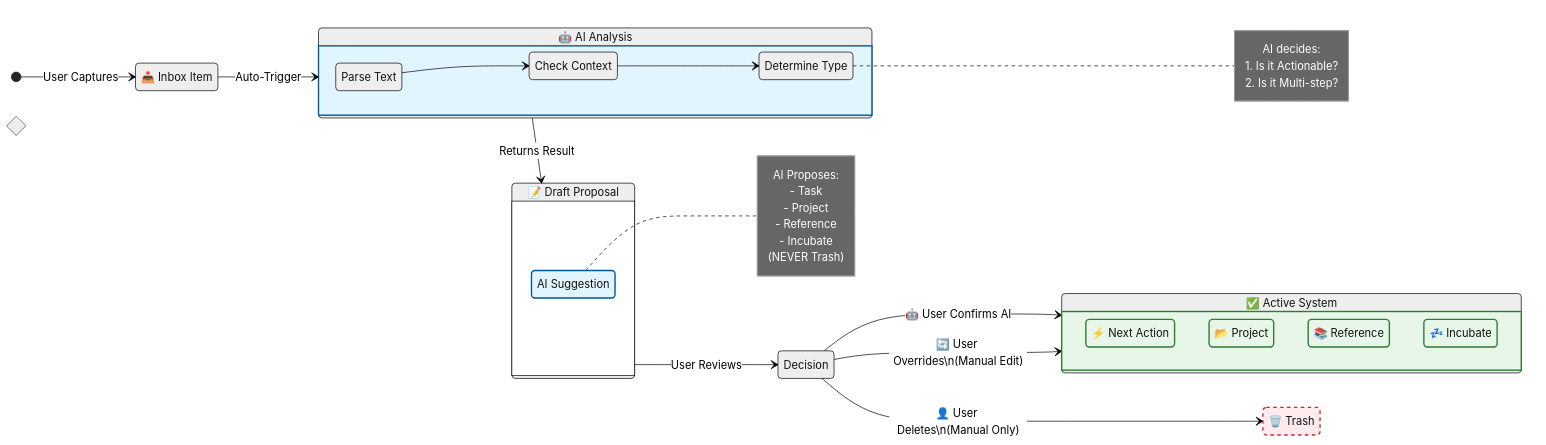
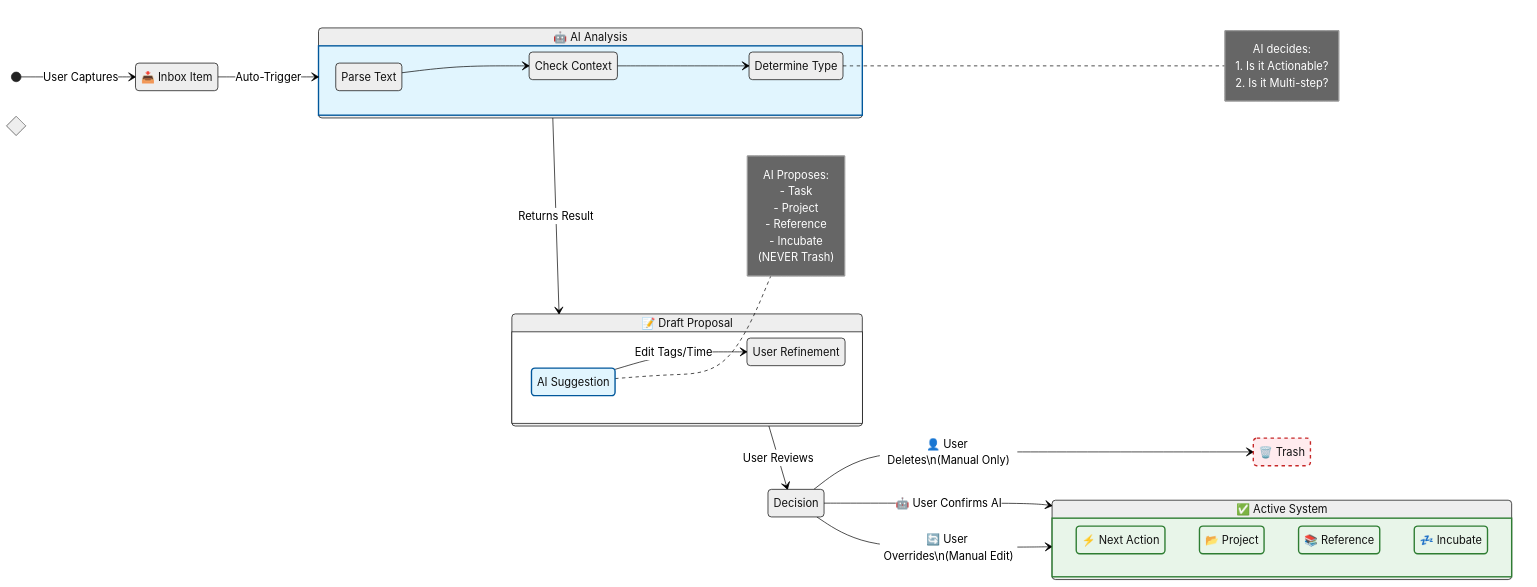
The diagram in doc/spec/features/f01-capture-clarify.md (m1981/task_classifier_rd), drawn with Mermaid (neutral theme) before and after one commit. The commit also changed other lines of this file and 2 other files, not shown here.

Commit message:
docs: clarify proposal card UI and interactive refinement

````diff
--- a/doc/spec/features/f01-capture-clarify.md
+++ b/doc/spec/features/f01-capture-clarify.md
@@ -143,78 +164,81 @@
 ```mermaid
 
 stateDiagram-v2
     direction LR
 
     %% --- Initial State ---
     [*] --> Inbox : User Captures
     state "📥 Inbox Item" as Inbox
 
     %% --- The AI Processing Black Box ---
     state "🤖 AI Analysis" as AI_Process {
         state "Parse Text" as Parse
         state "Check Context" as Context
         state "Determine Type" as Type
         
         Parse --> Context
         Context --> Type
         
         note right of Type
             AI decides:
             1. Is it Actionable?
             2. Is it Multi-step?
         end note
     }
 
     Inbox --> AI_Process : Auto-Trigger
 
     %% --- The User Interface State (The Proposal) ---
     state "📝 Draft Proposal" as Proposal {
         state "AI Suggestion" as Suggestion
+        state "User Refinement" as Refine
+        
+        Suggestion --> Refine : Edit Tags/Time
         
         note right of Suggestion
             AI Proposes:
             - Task
             - Project
             - Reference
             - Incubate
             (NEVER Trash)
         end note
     }
 
     AI_Process --> Proposal : Returns Result
 
     %% --- The Decision Fork ---
     state "User Decision" as Decision <<choice>>
     
     Proposal --> Decision : User Reviews
 
     %% --- Outcomes ---
     state "✅ Active System" as System {
         state "⚡ Next Action" as Task
         state "📂 Project" as Project
         state "📚 Reference" as Ref
         state "💤 Incubate" as Someday
     }
 
     state "🗑️ Trash" as Trash
 
     %% --- Transitions & Logic ---
     
     %% 1. Happy Path (AI was right)
     Decision --> System : 🤖 User Confirms AI
     
     %% 2. Override Path (AI was wrong/incomplete)
     Decision --> System : 🔄 User Overrides\n(Manual Edit)
 
     %% 3. The Manual Only Path
     Decision --> Trash : 👤 User Deletes\n(Manual Only)
 
     %% --- Styling ---
     classDef ai fill:#e1f5fe,stroke:#01579b,stroke-width:2px;
     classDef user fill:#e8f5e9,stroke:#2e7d32,stroke-width:2px;
     classDef manual fill:#ffebee,stroke:#c62828,stroke-width:2px,stroke-dasharray: 5 5;
 
     class AI_Process,Suggestion ai
     class System,Task,Project,Ref,Someday user
     class Trash manual
 ```
````
